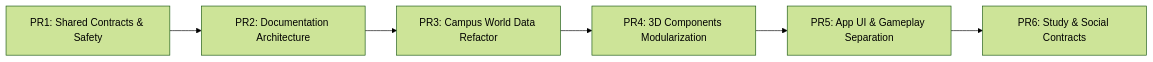
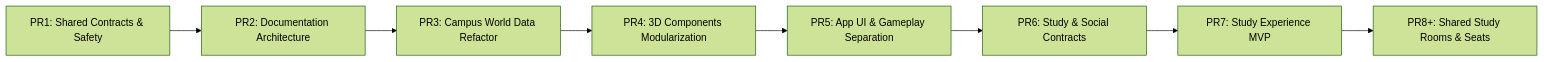
One commit to haianhant/hust-hsk changed the diagram in docs/product/roadmap.md. Above: the diagram before and after it, drawn with Mermaid (forest theme). The commit also changed other lines of this file and 22 other files, not shown here.

Commit message:
feat(study): implement PR7 Study Experience MVP (Pomodoro, Study Session, Focus Mode)

````diff
--- a/docs/product/roadmap.md
+++ b/docs/product/roadmap.md
@@ -21,8 +19,10 @@
 ```mermaid
 flowchart LR
   PR1["PR1: Shared Contracts & Safety"] --> PR2["PR2: Documentation Architecture"]
   PR2 --> PR3["PR3: Campus World Data Refactor"]
   PR3 --> PR4["PR4: 3D Components Modularization"]
   PR4 --> PR5["PR5: App UI & Gameplay Separation"]
   PR5 --> PR6["PR6: Study & Social Contracts"]
+  PR6 --> PR7["PR7: Study Experience MVP"]
+  PR7 --> PR8["PR8+: Shared Study Rooms & Seats"]
 ```
````
